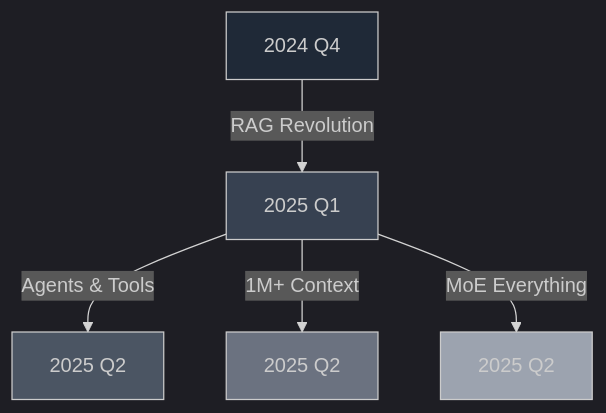
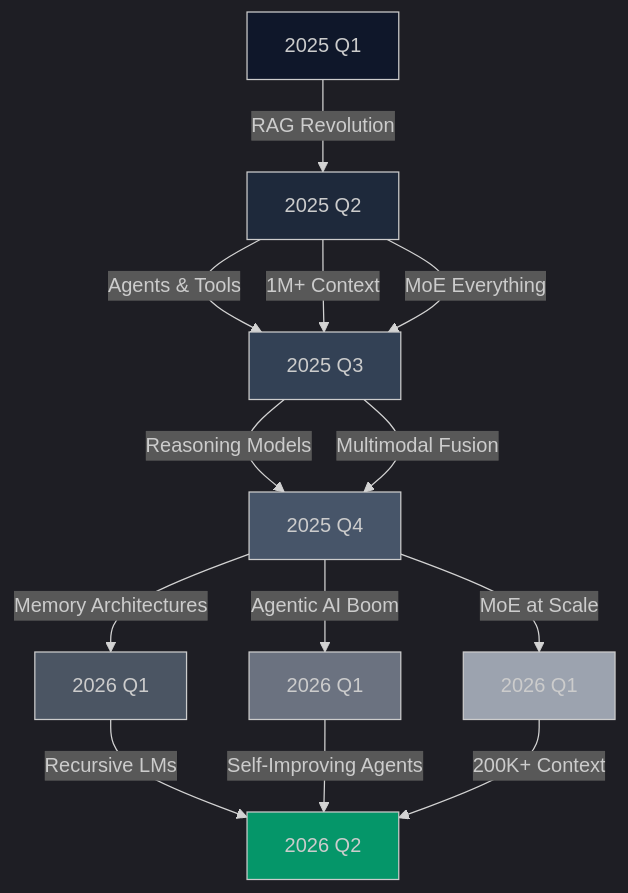
One commit to puneet-chandna/awesome-LLM-papers changed the diagram in README.md. Above: the diagram before and after it, drawn with Mermaid. The commit also changed other lines of this file, not shown here.

Commit message:
docs: Update README with latest LLM trending topics, expanded roadmap, and current momentum statistics.

````diff
--- a/README.md
+++ b/README.md
@@ -572,14 +572,25 @@
 ```mermaid
 %%{init: {'theme':'dark'}}%%
 graph TD
-    A[2024 Q4] -->|RAG Revolution| B[2025 Q1]
-    B -->|Agents & Tools| C[2025 Q2]
-    B -->|1M+ Context| D[2025 Q2]
-    B -->|MoE Everything| E[2025 Q2]
+    Q1[2025 Q1] -->|RAG Revolution| Q2[2025 Q2]
+    Q2 -->|Agents & Tools| Q3[2025 Q3]
+    Q2 -->|1M+ Context| Q3
+    Q2 -->|MoE Everything| Q3
+    Q3 -->|Reasoning Models| Q4[2025 Q4]
+    Q3 -->|Multimodal Fusion| Q4
+    Q4 -->|Memory Architectures| C[2026 Q1]
+    Q4 -->|Agentic AI Boom| D[2026 Q1]
+    Q4 -->|MoE at Scale| E[2026 Q1]
+    C -->|Recursive LMs| F[2026 Q2]
+    D -->|Self-Improving Agents| F
+    E -->|200K+ Context| F
 
-    style A fill:#1f2937
-    style B fill:#374151
+    style Q1 fill:#0f172a
+    style Q2 fill:#1e293b
+    style Q3 fill:#334155
+    style Q4 fill:#475569
     style C fill:#4b5563
     style D fill:#6b7280
     style E fill:#9ca3af
+    style F fill:#059669
 ```
````
